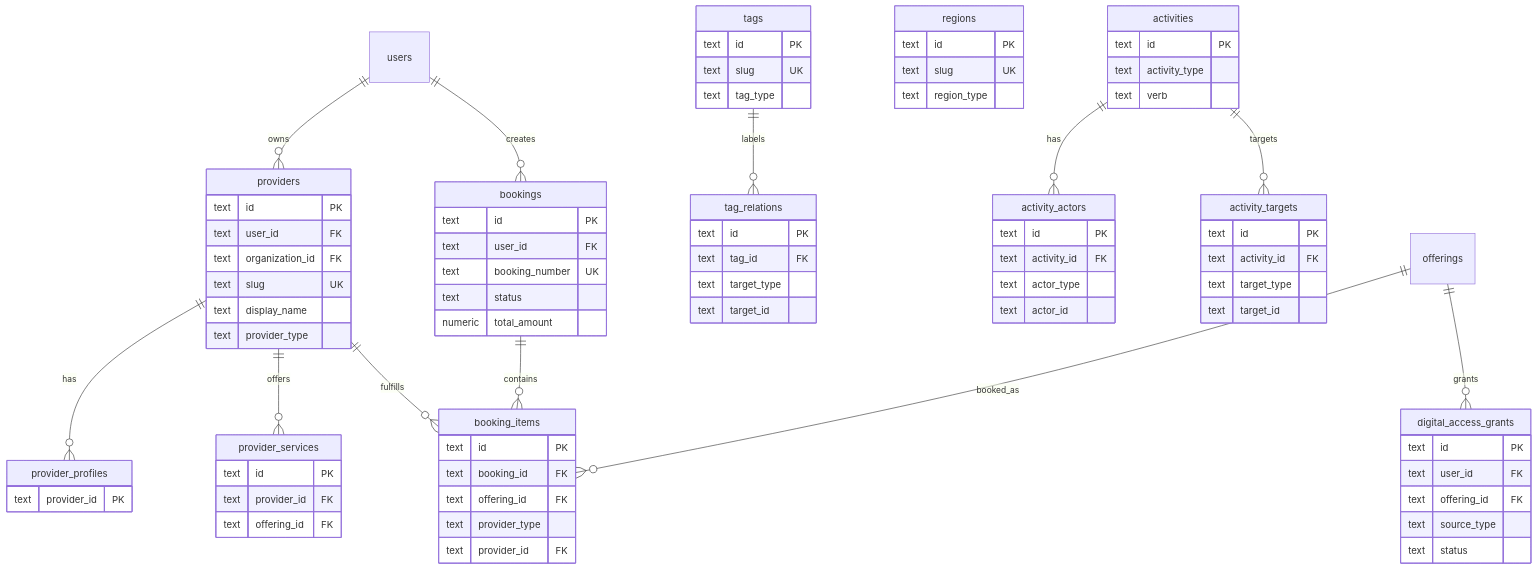
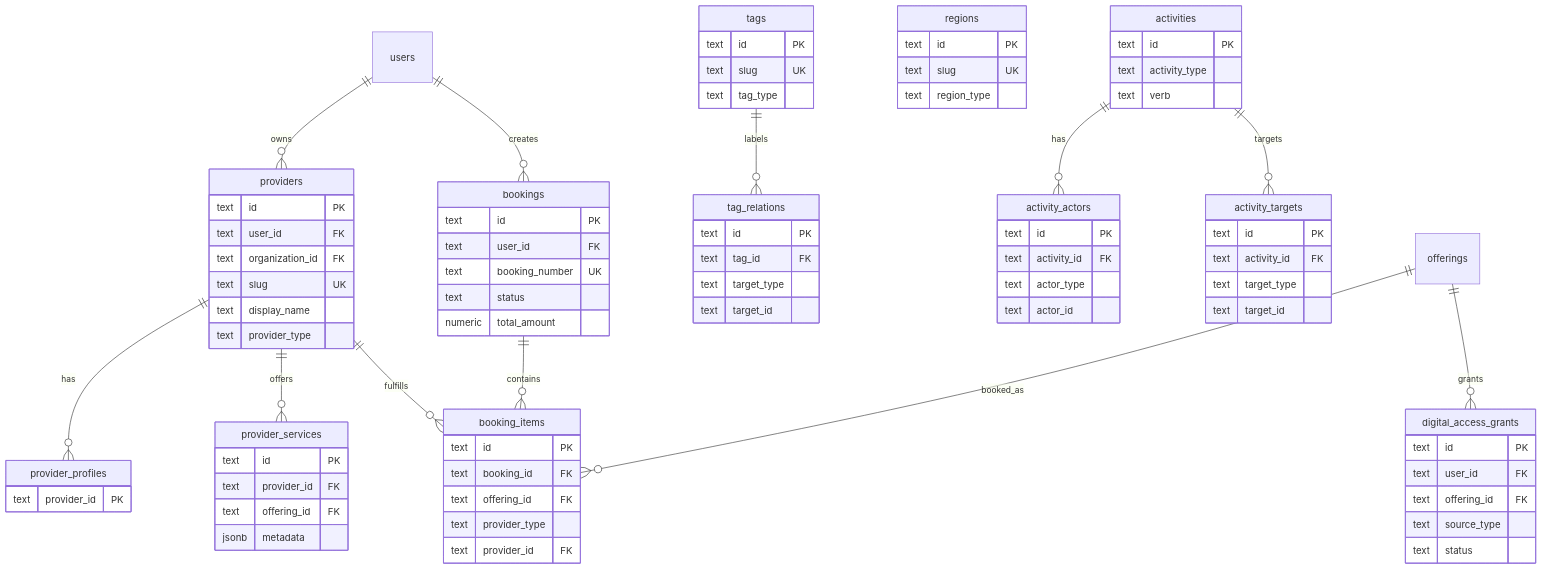
One commit to hoangpham2263/pinklove changed the fourth of 8 diagrams in docs/schema.md. Above: the diagram before and after it, drawn with Mermaid. The commit also changed other lines of this file and 19 other files, not shown here.

```diff
--- a/docs/schema.md
+++ b/docs/schema.md
@@ -511,6 +515,7 @@
     text id PK
     text provider_id FK
     text offering_id FK
+    jsonb metadata
   }
 
   bookings {
```
